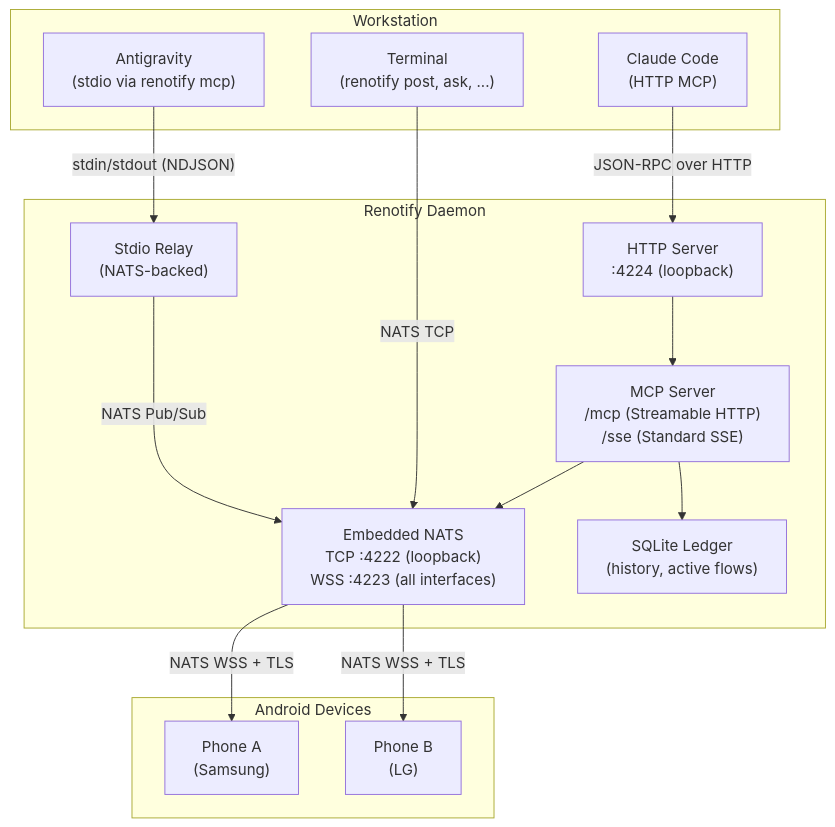
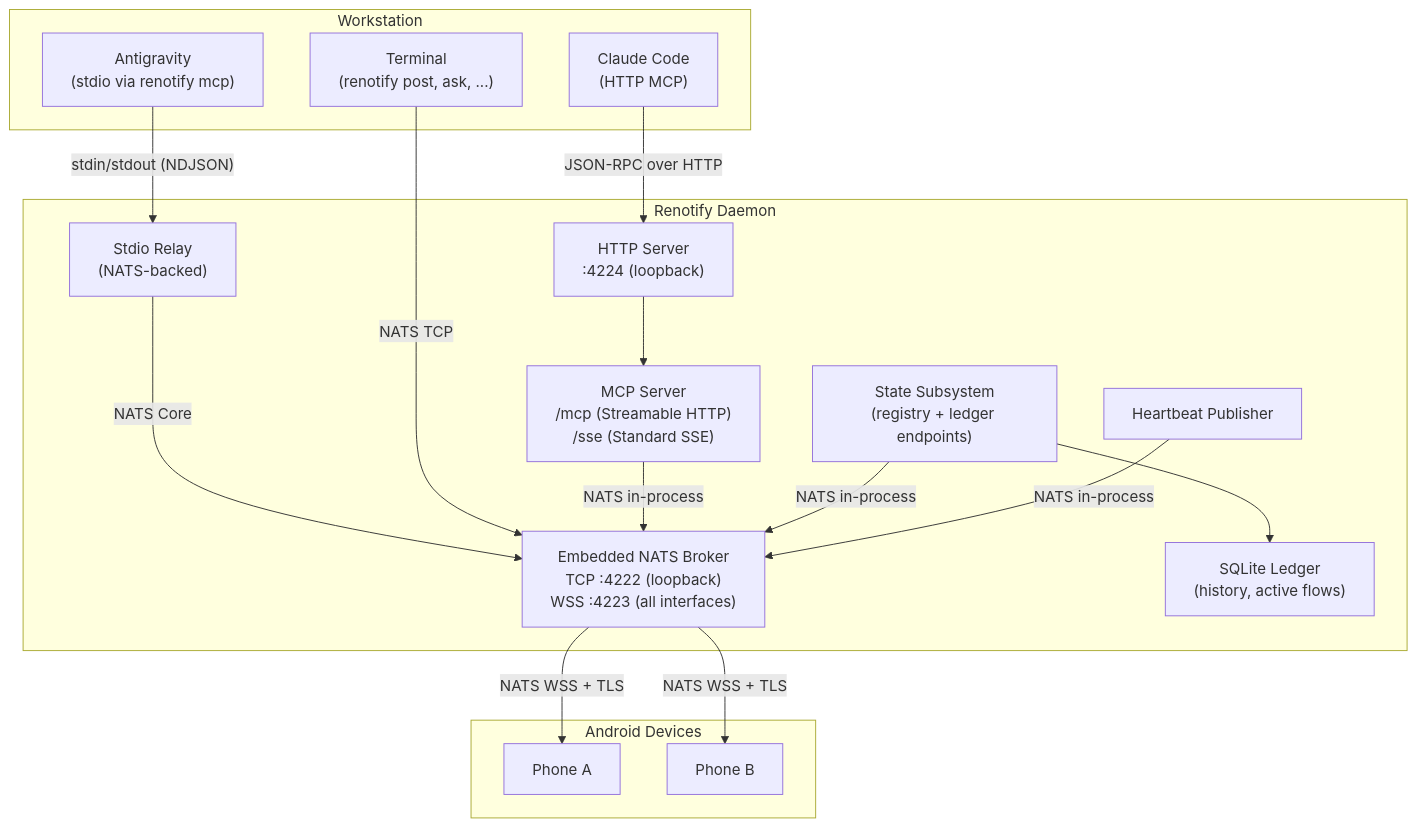
One commit to resystems-io/renotify changed the first of 5 diagrams in docs/renotify-architecture.md. Above: the diagram before and after it, drawn with Mermaid. The commit also changed other lines of this file and 1 other file, not shown here.

First line of the commit message:
docs: rewrite architecture document for state decoupling (V-05)

````diff
--- a/docs/renotify-architecture.md
+++ b/docs/renotify-architecture.md
@@ -71,31 +88,35 @@
 ```mermaid
 graph TB
     subgraph Workstation
         CC["Claude Code<br/>(HTTP MCP)"]
         AG["Antigravity<br/>(stdio via renotify mcp)"]
         Term["Terminal<br/>(renotify post, ask, ...)"]
     end
 
     subgraph Daemon["Renotify Daemon"]
+        HTTP["HTTP Server<br/>:4224 (loopback)"]
         MCP["MCP Server<br/>/mcp (Streamable HTTP)<br/>/sse (Standard SSE)"]
         Stdio["Stdio Relay<br/>(NATS-backed)"]
-        Broker["Embedded NATS<br/>TCP :4222 (loopback)<br/>WSS :4223 (all interfaces)"]
+        Broker["Embedded NATS Broker<br/>TCP :4222 (loopback)<br/>WSS :4223 (all interfaces)"]
+        State["State Subsystem<br/>(registry + ledger endpoints)"]
         Ledger["SQLite Ledger<br/>(history, active flows)"]
-        HTTP["HTTP Server<br/>:4224 (loopback)"]
+        HB["Heartbeat Publisher"]
     end
 
     subgraph Mobile["Android Devices"]
-        Phone1["Phone A<br/>(Samsung)"]
-        Phone2["Phone B<br/>(LG)"]
+        Phone1["Phone A"]
+        Phone2["Phone B"]
     end
 
     CC -->|"JSON-RPC over HTTP"| HTTP
     HTTP --> MCP
     AG -->|"stdin/stdout (NDJSON)"| Stdio
-    Stdio -->|"NATS Pub/Sub"| Broker
+    Stdio -->|"NATS Core"| Broker
     Term -->|"NATS TCP"| Broker
-    MCP --> Broker
-    MCP --> Ledger
+    MCP -->|"NATS in-process"| Broker
+    State -->|"NATS in-process"| Broker
+    HB -->|"NATS in-process"| Broker
+    State --> Ledger
     Broker -->|"NATS WSS + TLS"| Phone1
     Broker -->|"NATS WSS + TLS"| Phone2
 ```
````
